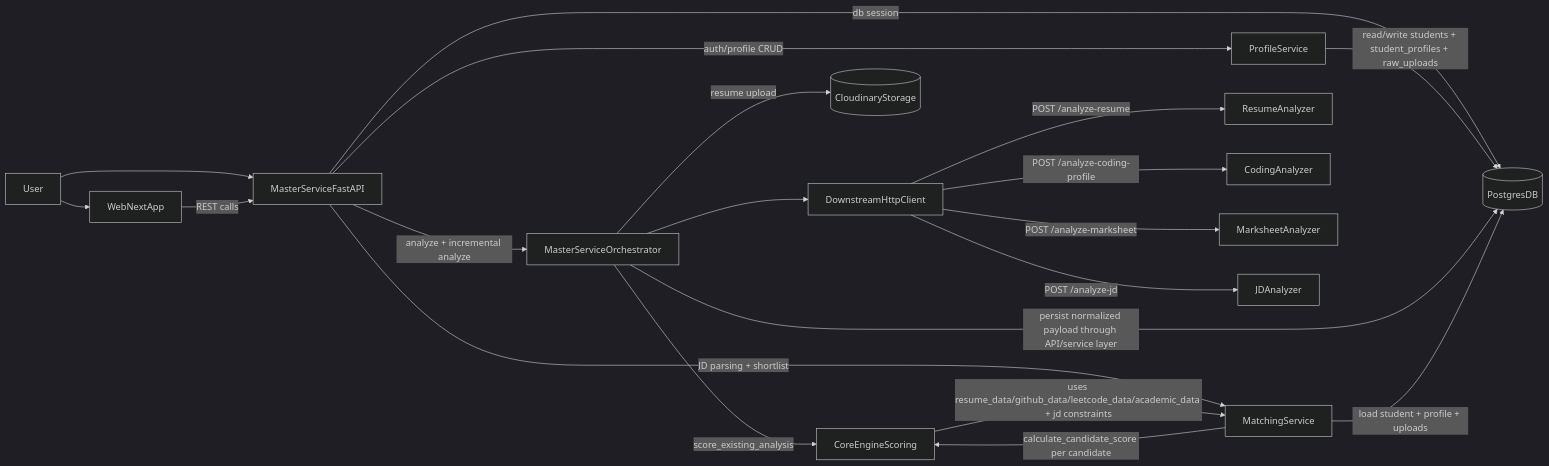
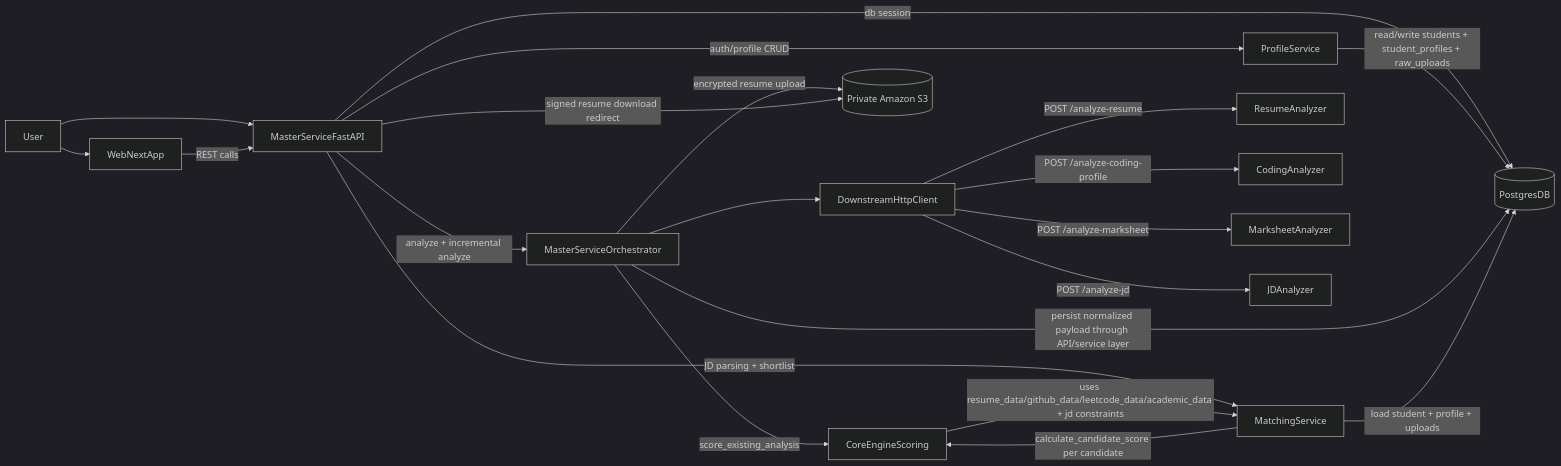
Before and after one commit to ansh-logics/BHARAT-BUILDS-VerifAI: the diagram in service-map.mmd, drawn with Mermaid (dark theme). The commit also changed 16 other files, not shown here.

```diff
--- a/service-map.mmd
+++ b/service-map.mmd
@@ -1,41 +1,42 @@
 flowchart LR
   user[User]
   web[WebNextApp]
   master[MasterServiceFastAPI]
   profileService[ProfileService]
   masterService[MasterServiceOrchestrator]
   matchingService[MatchingService]
   coreEngine[CoreEngineScoring]
   downstream[DownstreamHttpClient]
   resumeAnalyzer[ResumeAnalyzer]
   codingAnalyzer[CodingAnalyzer]
   marksheetAnalyzer[MarksheetAnalyzer]
   jdAnalyzer[JDAnalyzer]
   postgres[(PostgresDB)]
-  cloudinary[(CloudinaryStorage)]
+  s3[(Private Amazon S3)]
 
   user --> web
   user --> master
   web -->|"REST calls"| master
 
   master -->|"auth/profile CRUD"| profileService
   master -->|"analyze + incremental analyze"| masterService
   master -->|"JD parsing + shortlist"| matchingService
   master -->|"db session"| postgres
 
   profileService -->|"read/write students + student_profiles + raw_uploads"| postgres
 
   masterService --> downstream
   masterService -->|"score_existing_analysis"| coreEngine
-  masterService -->|"resume upload"| cloudinary
+  masterService -->|"encrypted resume upload"| s3
+  master -->|"signed resume download redirect"| s3
   masterService -->|"persist normalized payload through API/service layer"| postgres
 
   downstream -->|"POST /analyze-resume"| resumeAnalyzer
   downstream -->|"POST /analyze-coding-profile"| codingAnalyzer
   downstream -->|"POST /analyze-marksheet"| marksheetAnalyzer
   downstream -->|"POST /analyze-jd"| jdAnalyzer
 
   matchingService -->|"load student + profile + uploads"| postgres
   matchingService -->|"calculate_candidate_score per candidate"| coreEngine
 
   coreEngine -->|"uses resume_data/github_data/leetcode_data/academic_data + jd constraints"| matchingService
```
